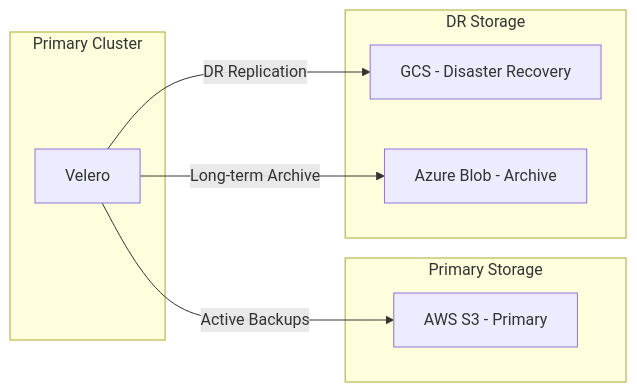
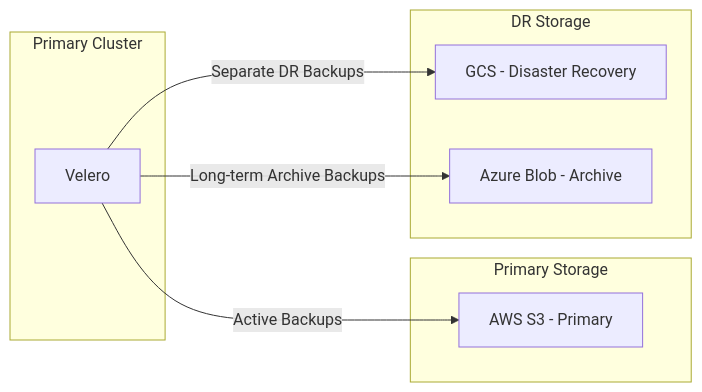
Before and after one commit to OneUptime/blog: the second of 2 diagrams in posts/2026-01-28-velero-cloud-storage/README.md, drawn with Mermaid. The commit also changed other lines of this file and 2 other files, not shown here.

````diff
--- a/posts/2026-01-28-velero-cloud-storage/README.md
+++ b/posts/2026-01-28-velero-cloud-storage/README.md
@@ -455,19 +479,19 @@
 ```mermaid
 flowchart LR
     subgraph Primary Cluster
         V[Velero]
     end
 
     subgraph Primary Storage
         AWS[AWS S3 - Primary]
     end
 
     subgraph DR Storage
         GCS[GCS - Disaster Recovery]
         AZ[Azure Blob - Archive]
     end
 
     V -->|Active Backups| AWS
-    V -->|DR Replication| GCS
-    V -->|Long-term Archive| AZ
+    V -->|Separate DR Backups| GCS
+    V -->|Long-term Archive Backups| AZ
 ```
````
